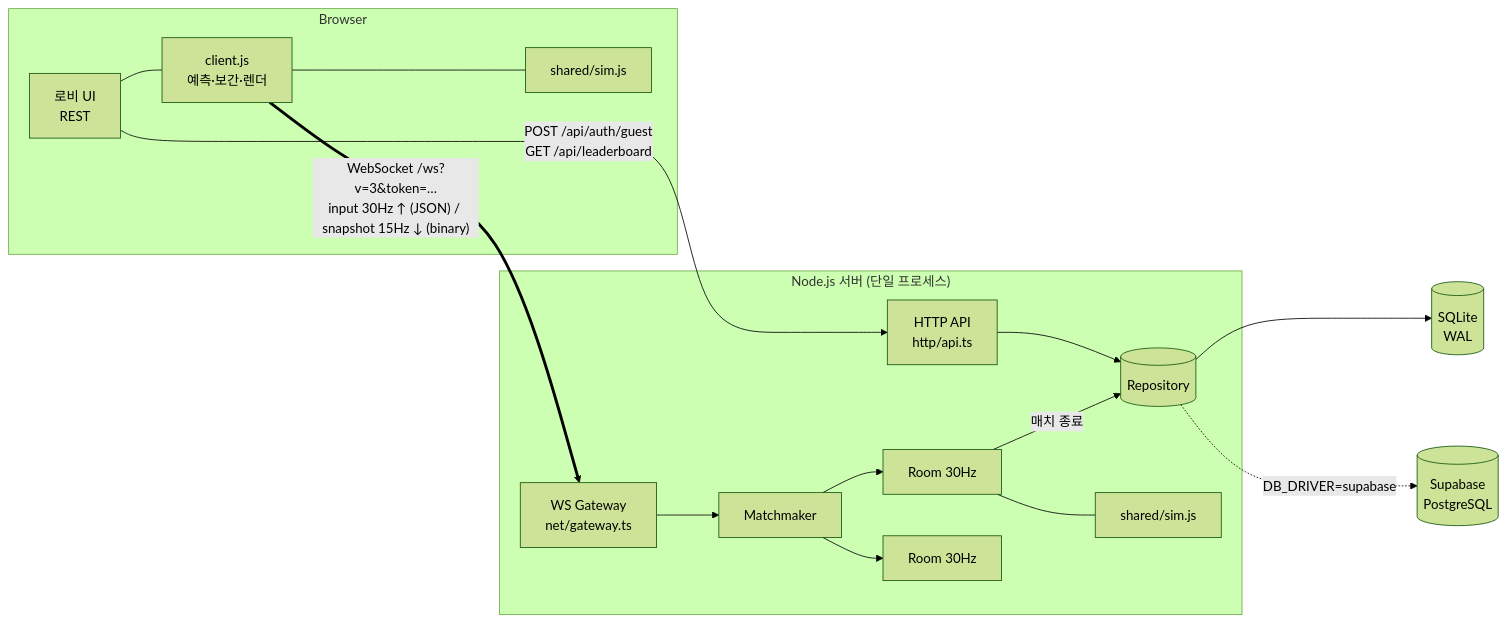
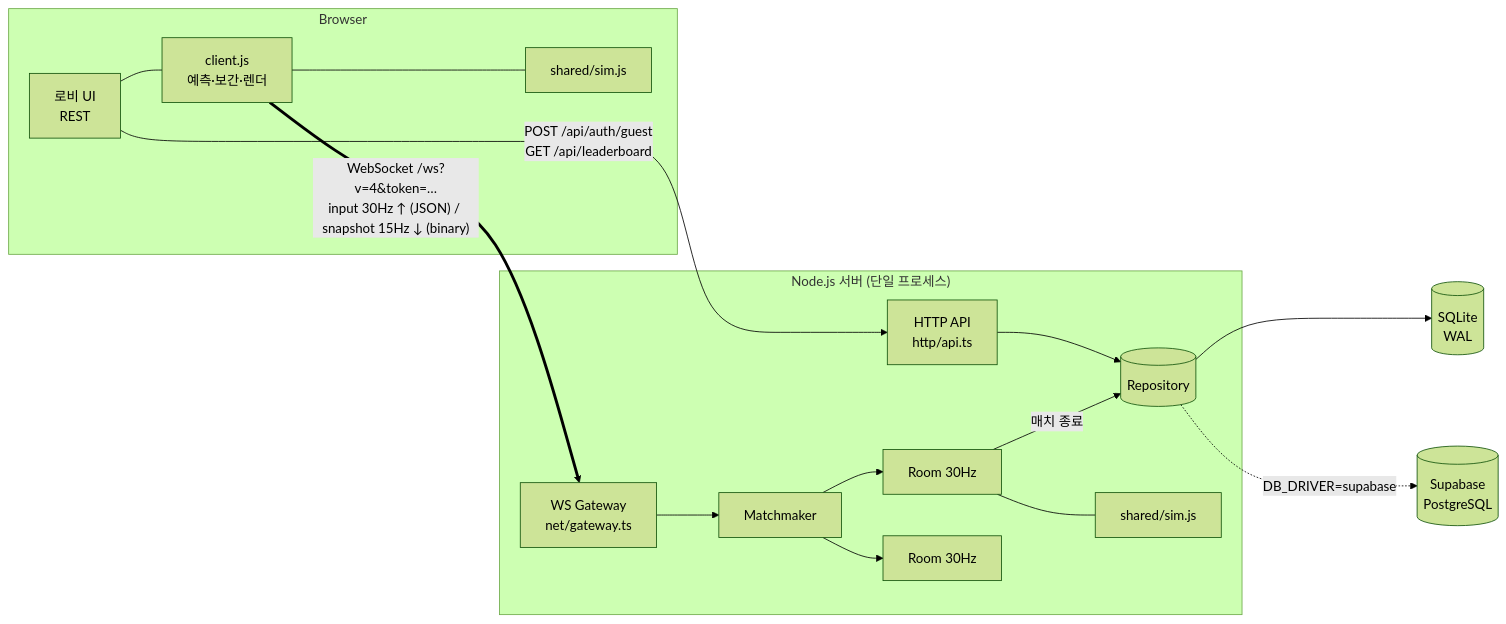
Before and after one commit to esin3329/orbit-arena-server: the first of 3 diagrams in README.md, drawn with Mermaid (forest theme). The commit also changed other lines of this file and 8 other files, not shown here.

````diff
--- a/README.md
+++ b/README.md
@@ -44,22 +44,22 @@
 ```mermaid
 flowchart LR
   subgraph Browser
     UI[로비 UI<br/>REST] --- C[client.js<br/>예측·보간·렌더]
     C --- S1[shared/sim.js]
   end
 
   subgraph "Node.js 서버 (단일 프로세스)"
     H[HTTP API<br/>http/api.ts] --> R[(Repository)]
     G[WS Gateway<br/>net/gateway.ts] --> MM[Matchmaker]
     MM --> RM1[Room 30Hz]
     MM --> RM2[Room 30Hz]
     RM1 --- S2[shared/sim.js]
     RM1 -- 매치 종료 --> R
   end
 
   R --> SQ[(SQLite<br/>WAL)]
   R -.DB_DRIVER=supabase.-> SB[(Supabase<br/>PostgreSQL)]
 
   UI -- "POST /api/auth/guest<br/>GET /api/leaderboard" --> H
-  C == "WebSocket /ws?v=3&token=…<br/>input 30Hz ↑ (JSON) / snapshot 15Hz ↓ (binary)" ==> G
+  C == "WebSocket /ws?v=4&token=…<br/>input 30Hz ↑ (JSON) / snapshot 15Hz ↓ (binary)" ==> G
 ```
````
